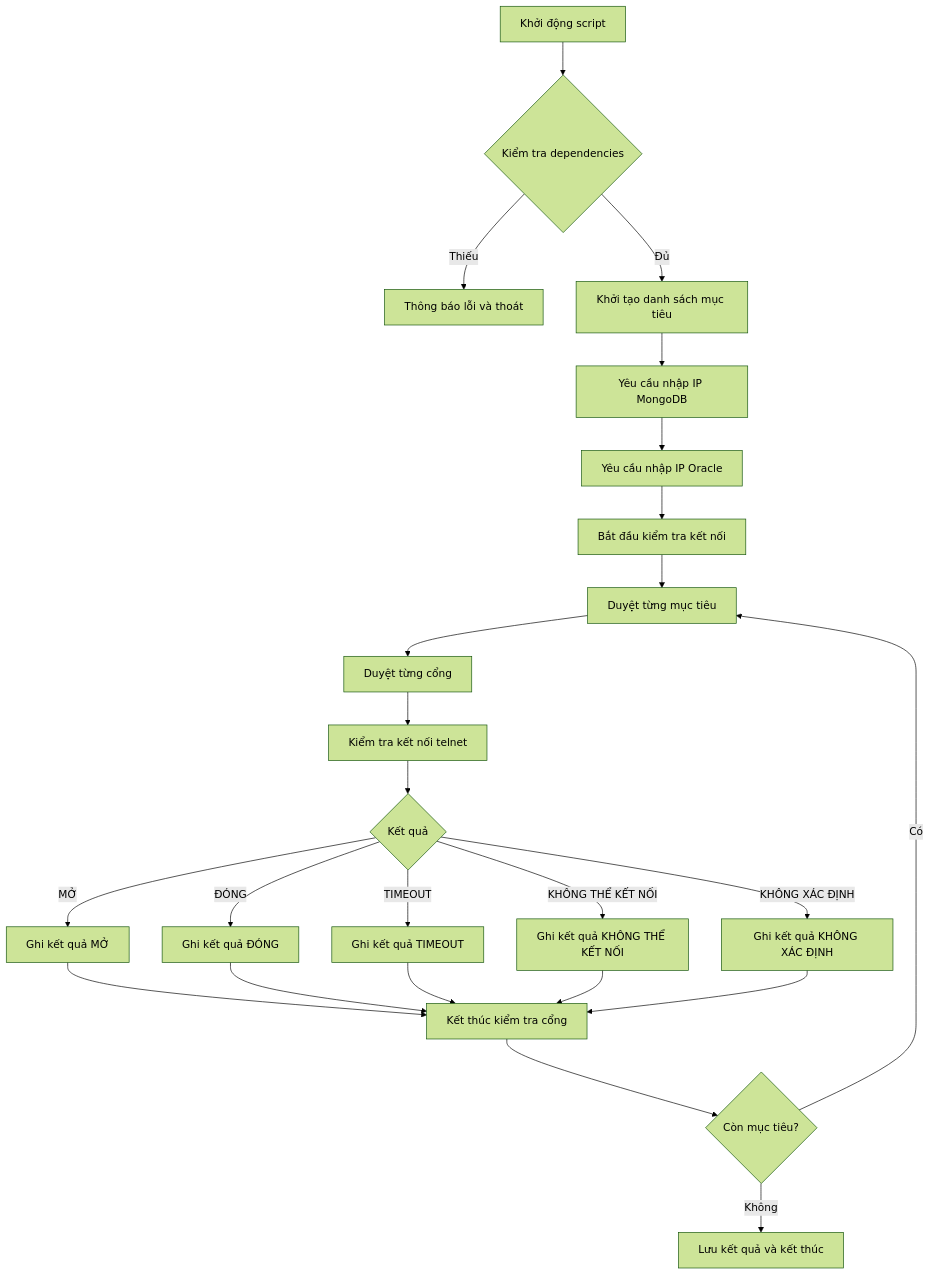
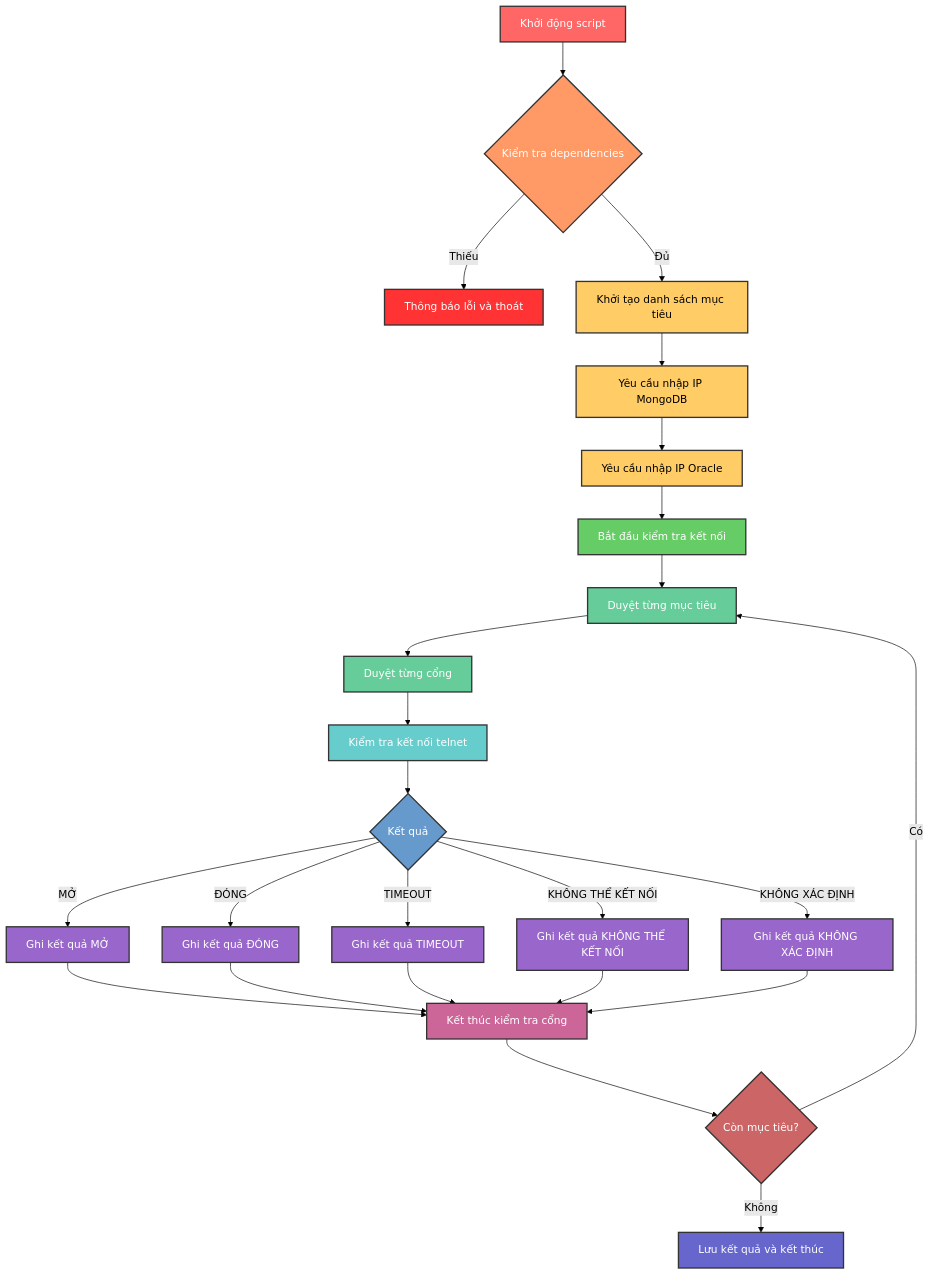
The seventh of 7 diagrams in Linux/check_connectivity.md (ngockhanhvd2812/DBA), drawn with Mermaid (forest theme) before and after one commit. The commit also changed other lines of this file, not shown here.

````diff
--- a/Linux/check_connectivity.md
+++ b/Linux/check_connectivity.md
@@ -42,26 +152,46 @@
 ```mermaid
 graph TD
     A[Khởi động script] --> B{Kiểm tra dependencies}
     B -->|Thiếu| C[Thông báo lỗi và thoát]
     B -->|Đủ| D[Khởi tạo danh sách mục tiêu]
     D --> E[Yêu cầu nhập IP MongoDB]
     E --> F[Yêu cầu nhập IP Oracle]
     F --> G[Bắt đầu kiểm tra kết nối]
     G --> H[Duyệt từng mục tiêu]
     H --> I[Duyệt từng cổng]
     I --> J[Kiểm tra kết nối telnet]
     J --> K{Kết quả}
     K -->|MỞ| L[Ghi kết quả MỞ]
     K -->|ĐÓNG| M[Ghi kết quả ĐÓNG]
     K -->|TIMEOUT| N[Ghi kết quả TIMEOUT]
     K -->|KHÔNG THỂ KẾT NỐI| O[Ghi kết quả KHÔNG THỂ KẾT NỐI]
     K -->|KHÔNG XÁC ĐỊNH| P[Ghi kết quả KHÔNG XÁC ĐỊNH]
     L --> Q[Kết thúc kiểm tra cổng]
     M --> Q
     N --> Q
     O --> Q
     P --> Q
     Q --> R{Còn mục tiêu?}
     R -->|Có| H
     R -->|Không| S[Lưu kết quả và kết thúc]
+    
+    style A fill:#ff6666,stroke:#333,stroke-width:2px,color:#fff
+    style B fill:#ff9966,stroke:#333,stroke-width:2px,color:#fff
+    style C fill:#ff3333,stroke:#333,stroke-width:2px,color:#fff
+    style D fill:#ffcc66,stroke:#333,stroke-width:2px,color:#000
+    style E fill:#ffcc66,stroke:#333,stroke-width:2px,color:#000
+    style F fill:#ffcc66,stroke:#333,stroke-width:2px,color:#000
+    style G fill:#66cc66,stroke:#333,stroke-width:2px,color:#fff
+    style H fill:#66cc99,stroke:#333,stroke-width:2px,color:#fff
+    style I fill:#66cc99,stroke:#333,stroke-width:2px,color:#fff
+    style J fill:#66cccc,stroke:#333,stroke-width:2px,color:#fff
+    style K fill:#6699cc,stroke:#333,stroke-width:2px,color:#fff
+    style L fill:#9966cc,stroke:#333,stroke-width:2px,color:#fff
+    style M fill:#9966cc,stroke:#333,stroke-width:2px,color:#fff
+    style N fill:#9966cc,stroke:#333,stroke-width:2px,color:#fff
+    style O fill:#9966cc,stroke:#333,stroke-width:2px,color:#fff
+    style P fill:#9966cc,stroke:#333,stroke-width:2px,color:#fff
+    style Q fill:#cc6699,stroke:#333,stroke-width:2px,color:#fff
+    style R fill:#cc6666,stroke:#333,stroke-width:2px,color:#fff
+    style S fill:#6666cc,stroke:#333,stroke-width:2px,color:#fff
 ```
````
